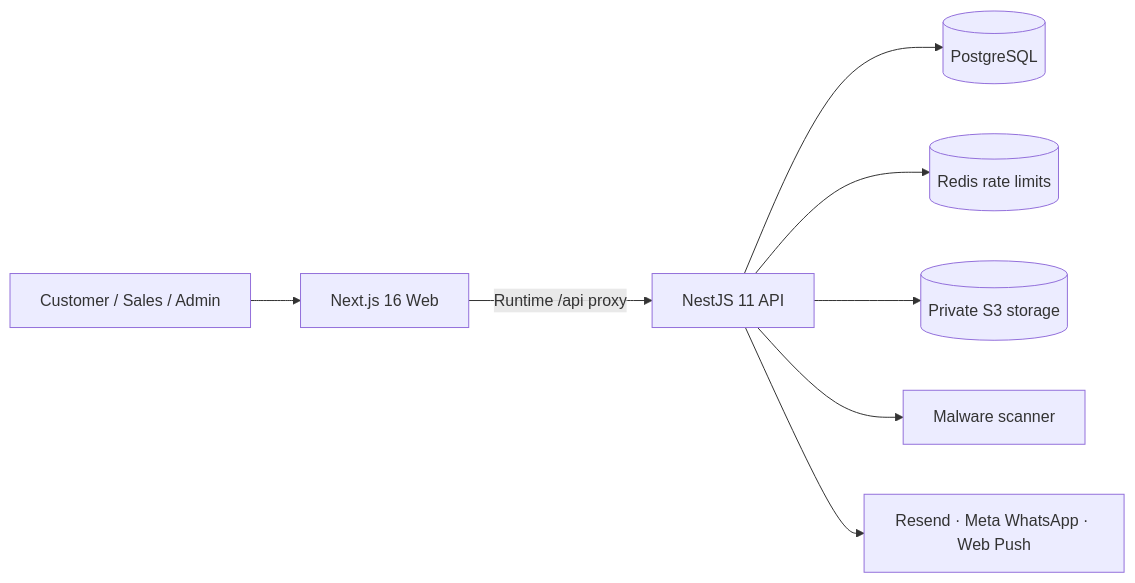
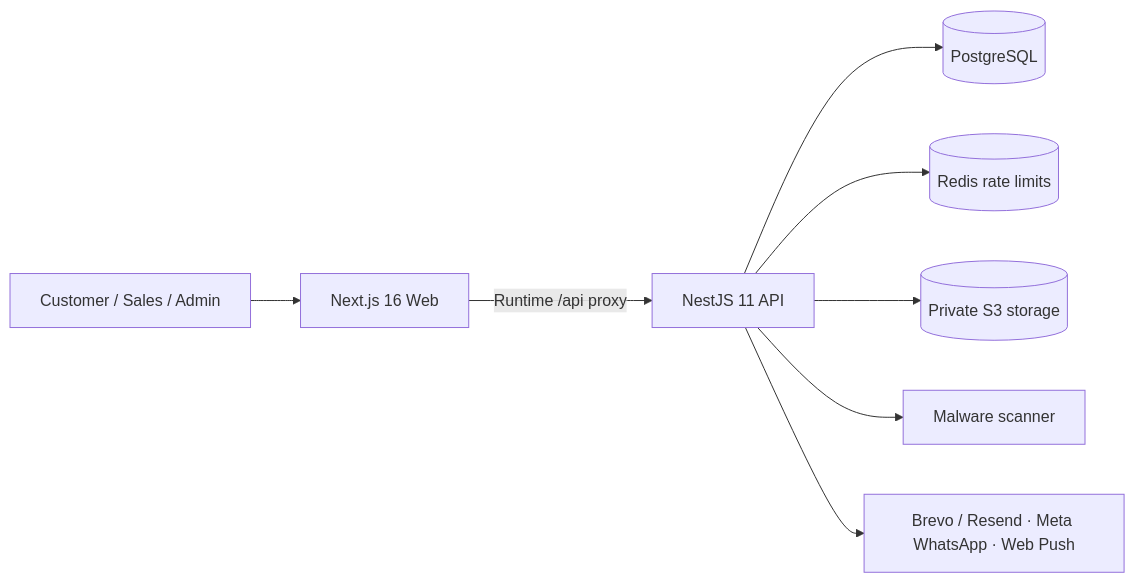
The diagram in README.md (sasa221/RAHAL), drawn with Mermaid before and after one commit. The commit also changed other lines of this file and 12 other files, not shown here.

````diff
--- a/README.md
+++ b/README.md
@@ -102,10 +102,10 @@
 ```mermaid
 flowchart LR
     Visitor["Customer / Sales / Admin"] --> Web["Next.js 16 Web"]
     Web -->|"Runtime /api proxy"| API["NestJS 11 API"]
     API --> DB[("PostgreSQL")]
     API --> Redis[("Redis rate limits")]
     API --> Storage[("Private S3 storage")]
     API --> Scanner["Malware scanner"]
-    API --> Providers["Resend · Meta WhatsApp · Web Push"]
+    API --> Providers["Brevo / Resend · Meta WhatsApp · Web Push"]
 ```
````
